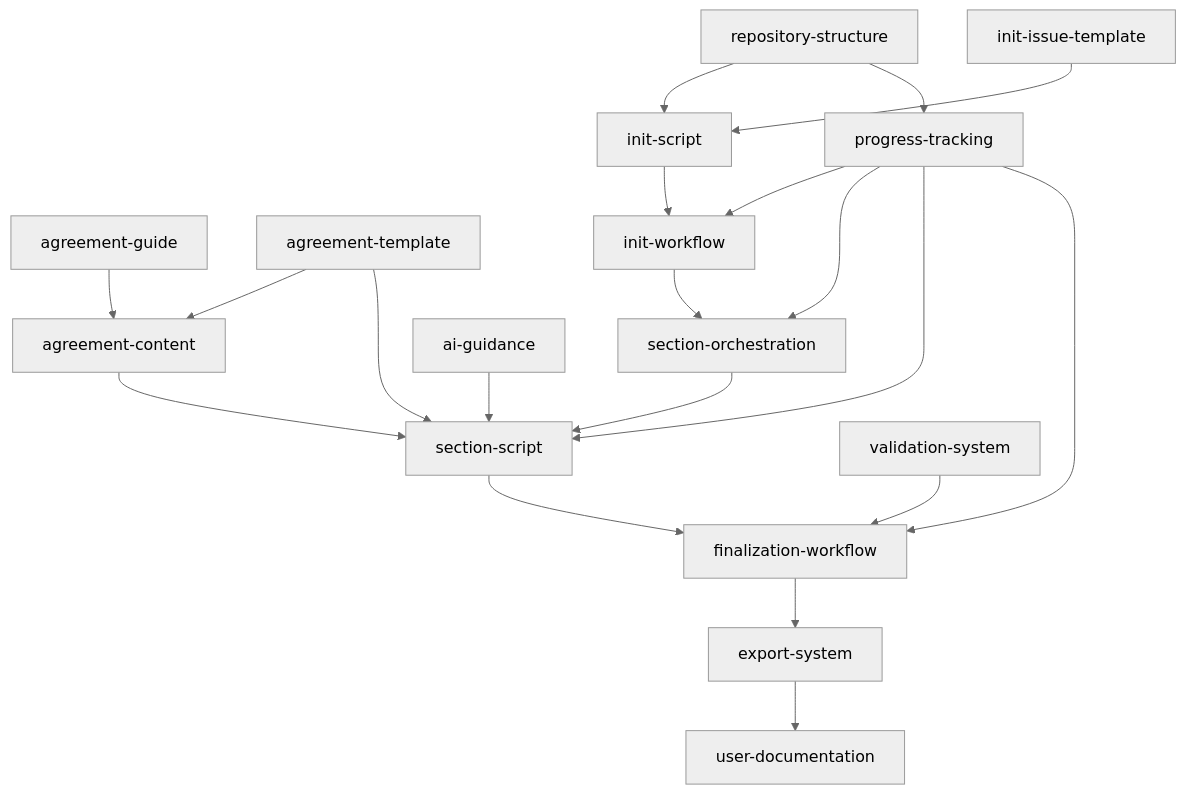
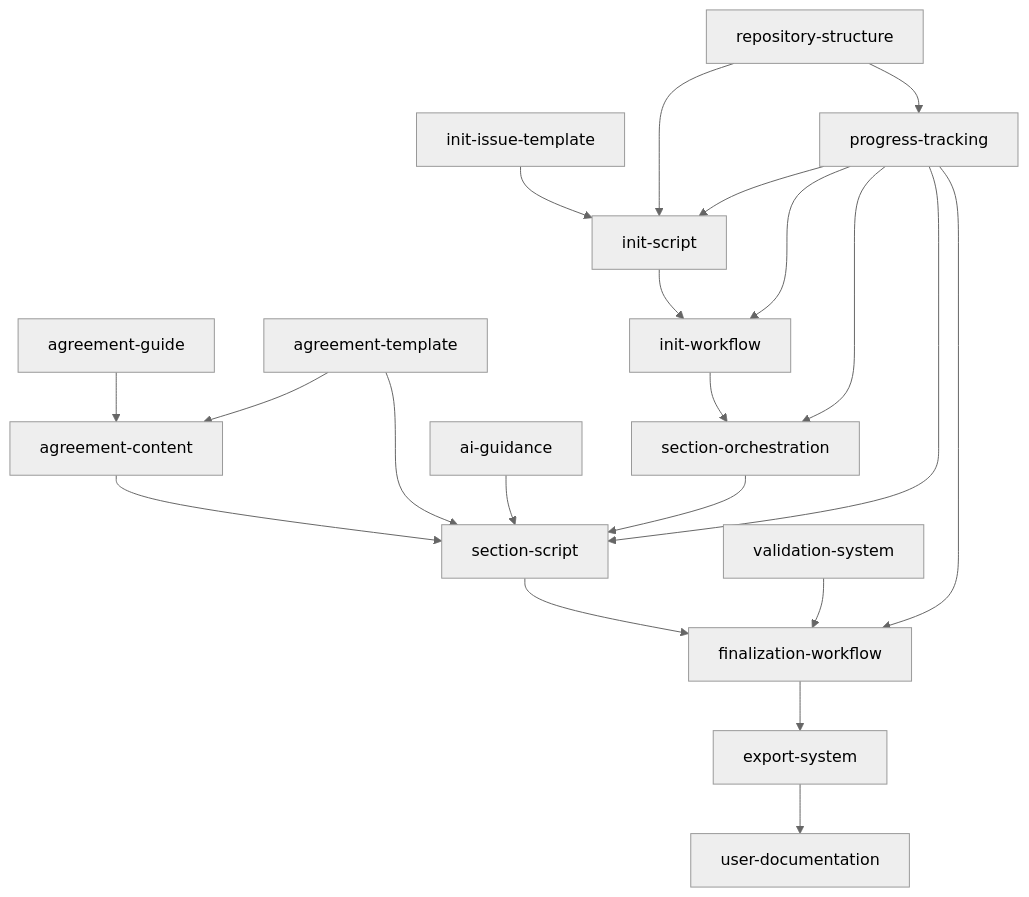
One commit to Xerilium/catalyst-founders-agreement changed the diagram in .xe/specs/blueprint/spec.md. Above: the diagram before and after it, drawn with Mermaid (neutral theme). The commit also changed other lines of this file and 1 other file, not shown here.

````diff
--- a/.xe/specs/blueprint/spec.md
+++ b/.xe/specs/blueprint/spec.md
@@ -43,52 +43,53 @@
 ```mermaid
 graph TD
     %% Tier 0: Foundation
     A[repository-structure]
     B[init-issue-template]
     C[agreement-guide]
     D[agreement-template]
 
     %% Tier 1: Core Configuration
     E[init-script]
     F[agreement-content]
     G[progress-tracking]
 
     %% Tier 2: Automation
     H[init-workflow]
     I[section-orchestration]
 
     %% Tier 3: Section Processing
     J[section-script]
     K[ai-guidance]
     L[validation-system]
 
     %% Tier 4: Finalization
     M[finalization-workflow]
     N[export-system]
     O[user-documentation]
 
     %% Dependencies
     A --> E
     A --> G
     B --> E
     C --> F
     D --> F
     D --> J
 
     E --> H
     F --> J
+    G --> E
     G --> H
     G --> I
     G --> J
+    G --> M
 
     H --> I
     I --> J
 
-    G --> M
     J --> M
     K --> J
     L --> M
 
     M --> N
     N --> O
 ```
````
